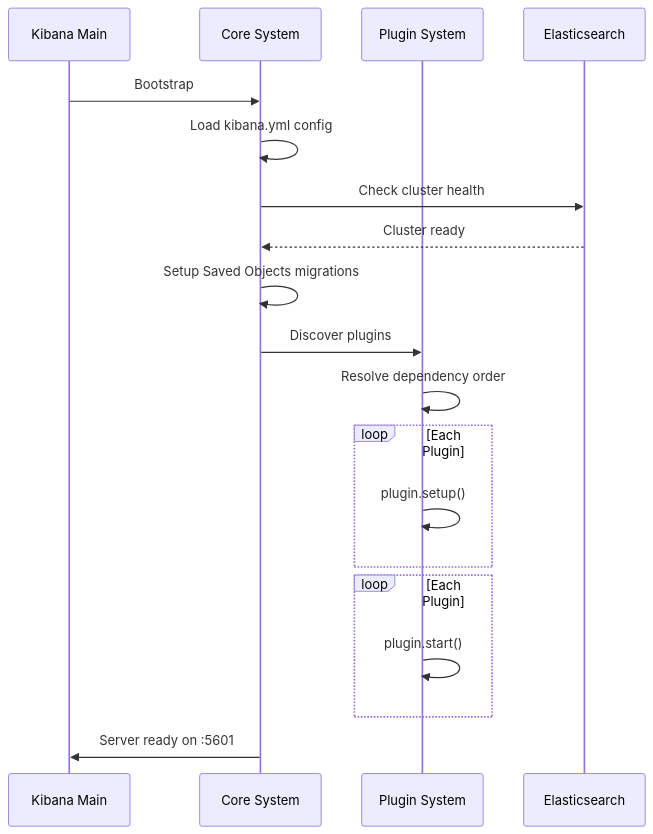
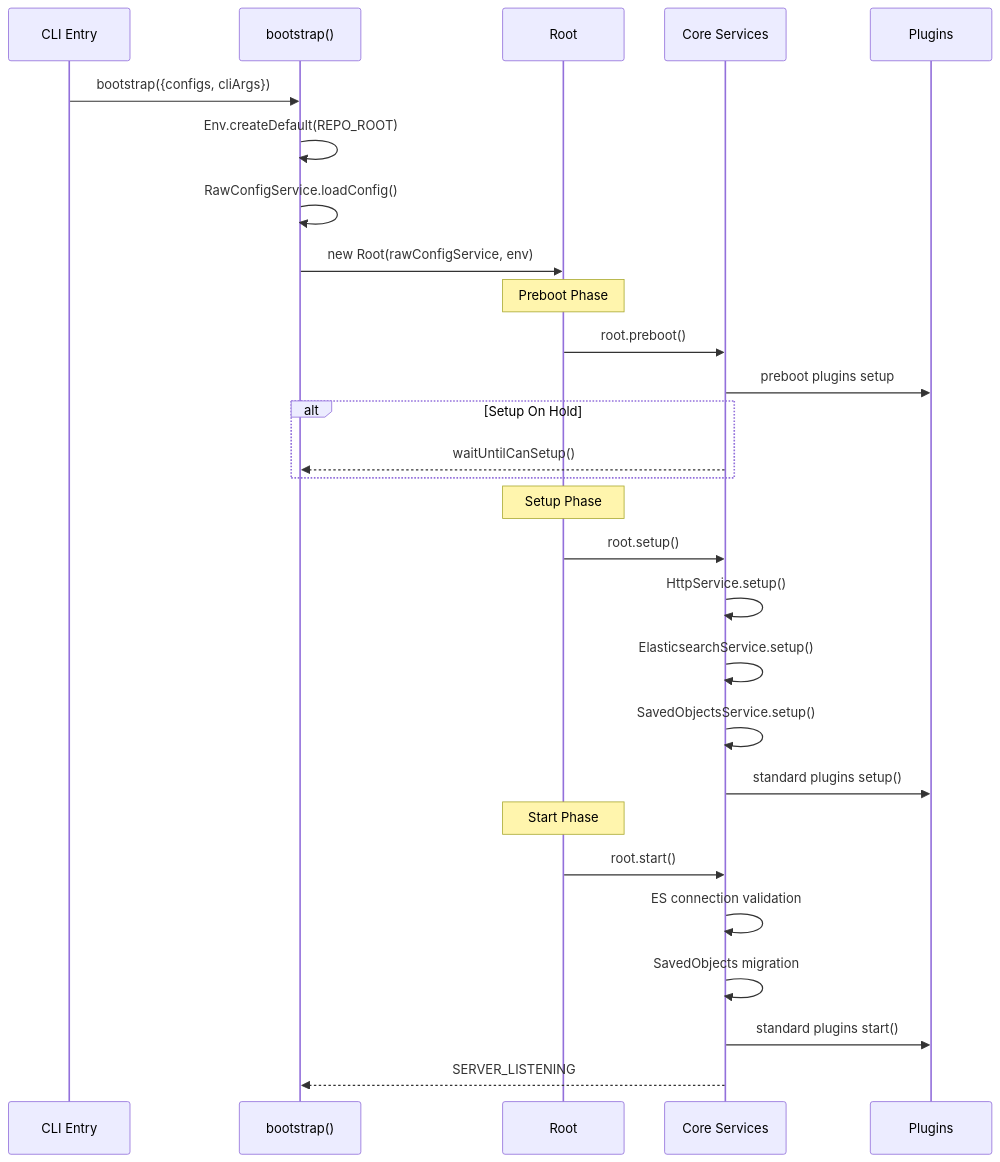
Before and after one commit to ktae23/TIL: the second of 4 diagrams in elk/main/10-kibana-architecture.md, drawn with Mermaid. The commit also changed other lines of this file and 72 other files, not shown here.

````diff
--- a/elk/main/10-kibana-architecture.md
+++ b/elk/main/10-kibana-architecture.md
@@ -89,22 +97,34 @@
 ```mermaid
 sequenceDiagram
-    participant Main as Kibana Main
-    participant Core as Core System
-    participant Plugins as Plugin System
-    participant ES as Elasticsearch
+    participant CLI as CLI Entry
+    participant BS as bootstrap()
+    participant Root as Root
+    participant Core as Core Services
+    participant Plugins as Plugins
 
-    Main->>Core: Bootstrap
-    Core->>Core: Load kibana.yml config
-    Core->>ES: Check cluster health
-    ES-->>Core: Cluster ready
-    Core->>Core: Setup Saved Objects migrations
-    Core->>Plugins: Discover plugins
-    Plugins->>Plugins: Resolve dependency order
-    loop Each Plugin
-        Plugins->>Plugins: plugin.setup()
+    CLI->>BS: bootstrap({configs, cliArgs})
+    BS->>BS: Env.createDefault(REPO_ROOT)
+    BS->>BS: RawConfigService.loadConfig()
+    BS->>Root: new Root(rawConfigService, env)
+
+    Note over Root: Preboot Phase
+    Root->>Core: root.preboot()
+    Core->>Plugins: preboot plugins setup
+    alt Setup On Hold
+        Core-->>BS: waitUntilCanSetup()
     end
-    loop Each Plugin
-        Plugins->>Plugins: plugin.start()
-    end
-    Core->>Main: Server ready on :5601
+
+    Note over Root: Setup Phase
+    Root->>Core: root.setup()
+    Core->>Core: HttpService.setup()
+    Core->>Core: ElasticsearchService.setup()
+    Core->>Core: SavedObjectsService.setup()
+    Core->>Plugins: standard plugins setup()
+
+    Note over Root: Start Phase
+    Root->>Core: root.start()
+    Core->>Core: ES connection validation
+    Core->>Core: SavedObjects migration
+    Core->>Plugins: standard plugins start()
+    Core-->>BS: SERVER_LISTENING
 ```
````
